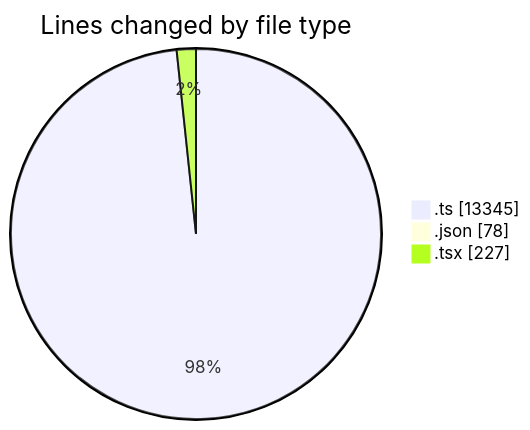
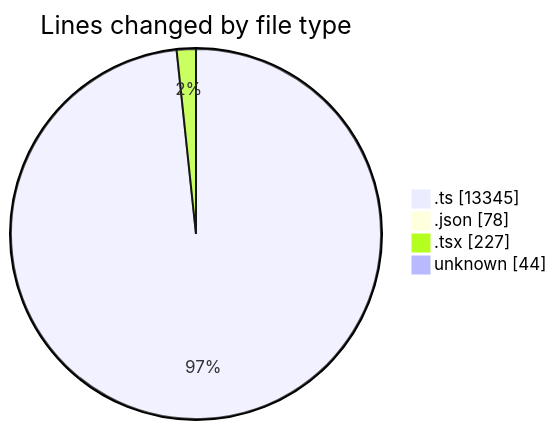
The first of 2 diagrams in 2025-08-29/cda/README.md (momahboobian/code-tracking), drawn with Mermaid before and after one commit. The commit also changed other lines of this file and 1 other file, not shown here.

````diff
--- a/2025-08-29/cda/README.md
+++ b/2025-08-29/cda/README.md
@@ -26,7 +27,8 @@
 ```mermaid
 pie showData
 title Lines changed by file type
 ".ts" : 13345
 ".json" : 78
 ".tsx" : 227
+"unknown" : 44
 ```
````
